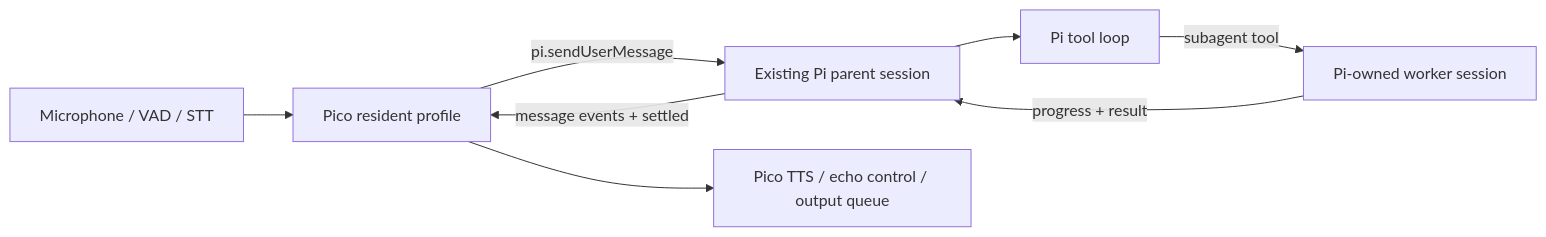
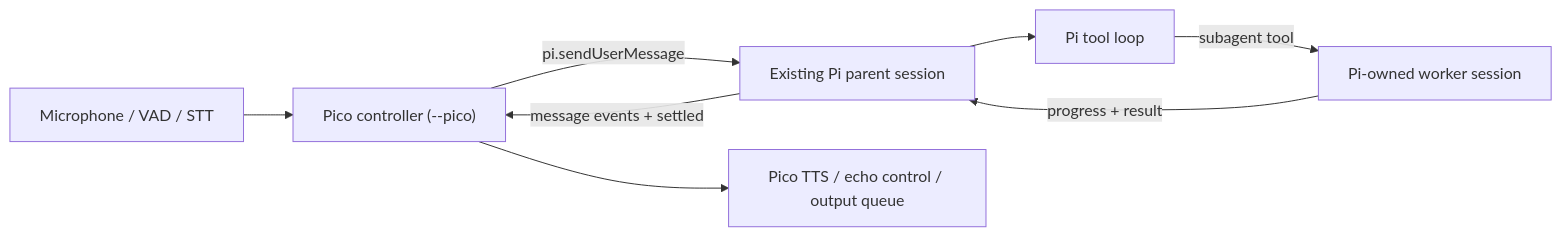
Before and after one commit to ToaruPen/pico: the diagram in docs/superpowers/specs/2026-07-12-pi-host-architecture-recovery-design.md, drawn with Mermaid. The commit also changed other lines of this file and 56 other files, not shown here.

````diff
--- a/docs/superpowers/specs/2026-07-12-pi-host-architecture-recovery-design.md
+++ b/docs/superpowers/specs/2026-07-12-pi-host-architecture-recovery-design.md
@@ -114,10 +119,10 @@
 ```mermaid
 flowchart LR
-    A["Microphone / VAD / STT"] --> B["Pico resident profile"]
+    A["Microphone / VAD / STT"] --> B["Pico controller (--pico)"]
     B -->|"pi.sendUserMessage"| C["Existing Pi parent session"]
     C --> D["Pi tool loop"]
     D -->|"subagent tool"| E["Pi-owned worker session"]
     E -->|"progress + result"| C
     C -->|"message events + settled"| B
     B --> F["Pico TTS / echo control / output queue"]
 ```
````
